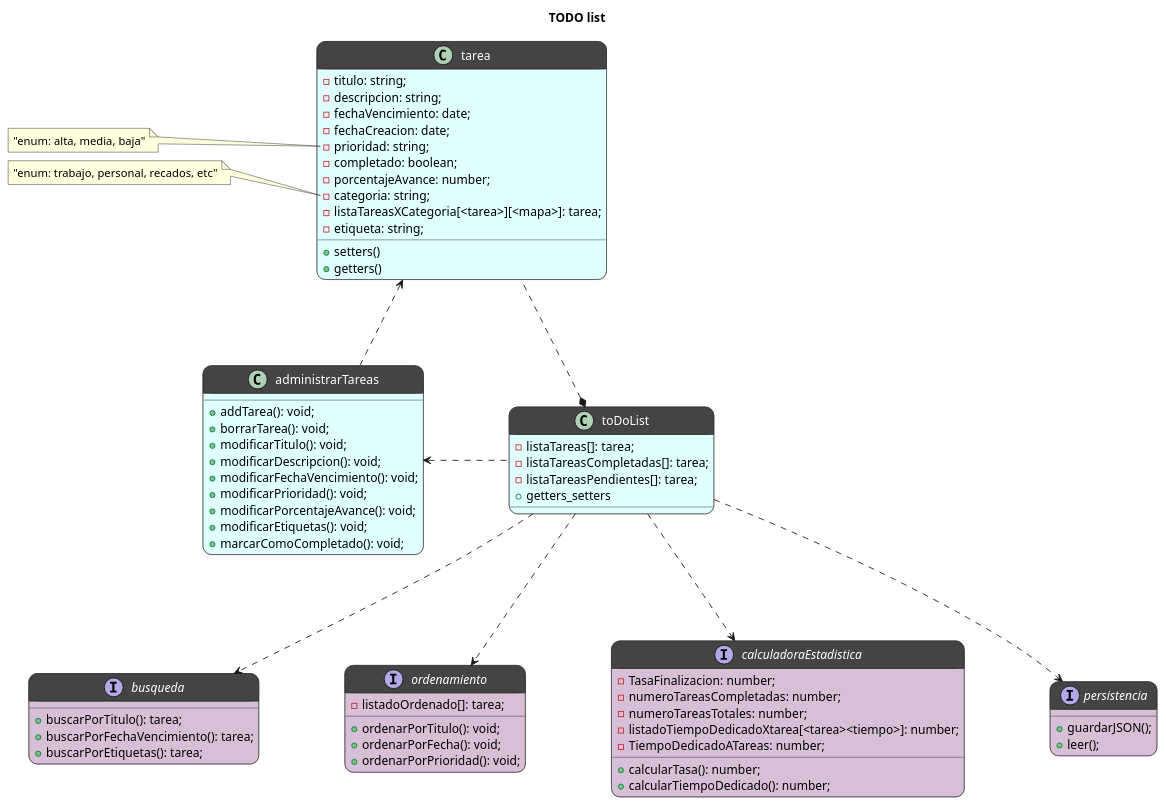
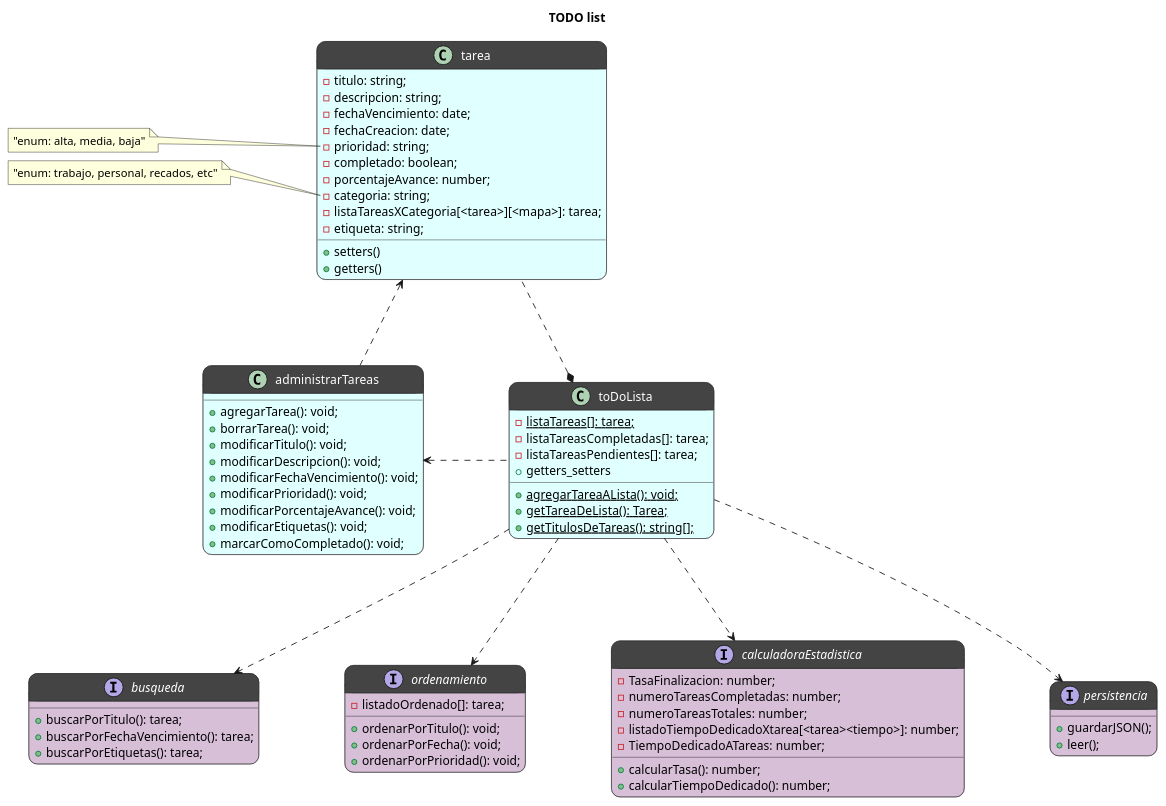
One commit to FrancoLuduena-dev/To-DO-list changed the diagram in todo_app/docs/diagrama.puml. Above: the diagram before and after it, drawn with PlantUML. The commit also changed 1 other file, not shown here.

Commit message:
actualice diagrama de clases

```diff
--- a/todo_app/docs/diagrama.puml
+++ b/todo_app/docs/diagrama.puml
@@ -1,110 +1,111 @@
 @startuml diagrama clases
 title TODO list
 
-class toDoList #LightCyan;header:444{
-    -listaTareas[]: tarea;
-    -listaTareasCompletadas[]: tarea;
-    -listaTareasPendientes[]: tarea;
-    +getters_setters
+class toDoLista #LightCyan;header:444{
+    - {static} listaTareas[]: tarea;
+    - listaTareasCompletadas[]: tarea;
+    - listaTareasPendientes[]: tarea;
+    + getters_setters
+    + {static} agregarTareaALista(): void;
+    + {static} getTareaDeLista(): Tarea;
+    + {static} getTitulosDeTareas(): string[];
 }
 
 
 class tarea #LightCyan;header:444{
-    -titulo: string;
-    -descripcion: string;
-    -fechaVencimiento: date;
+    - titulo: string;
+    - descripcion: string;
+    - fechaVencimiento: date;
     ' lo cambie a "date" que es un tipo de objeto de javascript que funciona en typescript y deja poner fechas de una.
-    -fechaCreacion: date;
+    - fechaCreacion: date;
     ' la agrego porque para hacer la estadistica de cuanto tiempo se tardo, la forma mas simple que se me ocurre es poner la fecha de creacion, y cuando lo pasas a completado, comparar con la fecha de finalizacion y calcular los dias transcurridos
-    -prioridad: string;  
-    -completado: boolean;
-    -porcentajeAvance: number;
-    -categoria: string;
-    -listaTareasXCategoria[<tarea>][<mapa>]: tarea;
-    -etiqueta: string;
-    +setters()
-    +getters()
+    - prioridad: string;
+    - completado: boolean;
+    - porcentajeAvance: number;
+    - categoria: string;
+    - listaTareasXCategoria[<tarea>][<mapa>]: tarea;
+    - etiqueta: string;
+    + setters()
+    + getters()
 }
 
 class administrarTareas #LightCyan;header:444{
-    +addTarea(): void;
-    +borrarTarea(): void;
+    + agregarTarea(): void;
+    + borrarTarea(): void;
     'agrego los metodos para modificar las tareas. Estos metodos deberian usar el setter, y aparte hacer que se guarde los cambios al JSON.
-    +modificarTitulo(): void;
-    +modificarDescripcion(): void;
-    +modificarFechaVencimiento(): void;
-    +modificarPrioridad(): void;
-    +modificarPorcentajeAvance(): void;
-    +modificarEtiquetas(): void;
+    + modificarTitulo(): void;
+    + modificarDescripcion(): void;
+    + modificarFechaVencimiento(): void;
+    + modificarPrioridad(): void;
+    + modificarPorcentajeAvance(): void;
+    + modificarEtiquetas(): void;
     'ver una forma de unificar estos metodos de modificacion
-    +marcarComoCompletado(): void;
+    + marcarComoCompletado(): void;
     'este metodo no estoy seguro si deberia existir o simplemente que cuando pongan el porcentaje de avance en 100, el atributo completado cambie a true.
 }
 
 
 interface busqueda #Thistle;header:444{
-    +buscarPorTitulo(): tarea;
-    +buscarPorFechaVencimiento(): tarea;
-    +buscarPorEtiquetas(): tarea;
+    + buscarPorTitulo(): tarea;
+    + buscarPorFechaVencimiento(): tarea;
+    + buscarPorEtiquetas(): tarea;
 }
 
 interface ordenamiento #Thistle;header:444{
-    -listadoOrdenado[]: tarea;
-    +ordenarPorTitulo(): void;
-    +ordenarPorFecha(): void;
-    +ordenarPorPrioridad(): void;
+    - listadoOrdenado[]: tarea;
+    + ordenarPorTitulo(): void;
+    + ordenarPorFecha(): void;
+    + ordenarPorPrioridad(): void;
 }
 
 interface calculadoraEstadistica #Thistle;header:444{
-    -TasaFinalizacion: number;
-    -numeroTareasCompletadas: number;
-    -numeroTareasTotales: number;
+    - TasaFinalizacion: number;
+    - numeroTareasCompletadas: number;
+    - numeroTareasTotales: number;
     'le saque que sea coleccion, es una tasa (tareasFinalizadas/tareasTotales)
-    -listadoTiempoDedicadoXtarea[<tarea><tiempo>]: number;
+    - listadoTiempoDedicadoXtarea[<tarea><tiempo>]: number;
     'esto serviria si hacemos algunas estadisticas que sean algo asi como "promedio de tiempo para resolucion de tareas", o "tiempo dedicado a X categoria / etiqueta", sino yo pondria
-    -TiempoDedicadoATareas: number;
+    - TiempoDedicadoATareas: number;
     'este simplemente sumaria el tiempo desde la creacion de la tarea hasta ahora. Tambien se puede separar en tiempo dedicado a teareas completadas y tiempo dedicado a tareas no completadas
-    +calcularTasa(): number;
-    +calcularTiempoDedicado(): number;
+    + calcularTasa(): number;
+    + calcularTiempoDedicado(): number;
 }
 
 interface persistencia #Thistle;header:444{
     + guardarJSON();
     + leer();
     'borre guardar texto plano por que era JSON al final.
 }
 
 'relaciones
 skinparam ranksep 100
 'cambia el largo de las flechas
 skinparam nodesep 100
 'cambia la distancia entre los cuadrados
 
-toDoList .l.> administrarTareas
+toDoLista .l.> administrarTareas
 administrarTareas .l.> tarea
-toDoList *.. tarea
-toDoList ..> calculadoraEstadistica
-toDoList ..> busqueda
-toDoList ..> ordenamiento
-toDoList ..> persistencia
+toDoLista *.. tarea
+toDoLista ..> calculadoraEstadistica
+toDoLista ..> busqueda
+toDoLista ..> ordenamiento
+toDoLista ..> persistencia
 
 
 'notas
 note left of tarea::prioridad
-    "enum: alta, media, baja"
+"enum: alta, media, baja"
 endnote
 
 note left of tarea::categoria
-    "enum: trabajo, personal, recados, etc"
+"enum: trabajo, personal, recados, etc"
 endnote
-
-
 
 
 'diseño
 skinparam roundcorner 20
 'cambia las esquinas de las clases para hacerlas mas redondeadas
 skinparam classFontColor automatic
 'cambia el color de fuente de todas las clases asi se ve en blanco sobre el fondo oscuro.
 
 @enduml
```
